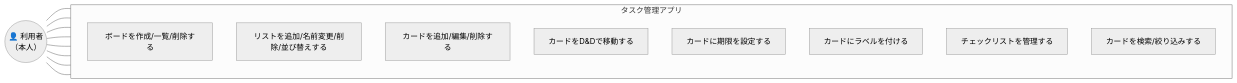
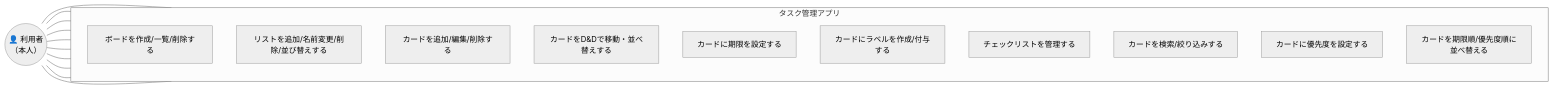
Before and after one commit to masato-N918/raisetech_ai: the diagram in docs/機能要件.md, drawn with Mermaid (neutral theme). The commit also changed other lines of this file and 3 other files, not shown here.

````diff
--- a/docs/機能要件.md
+++ b/docs/機能要件.md
@@ -11,25 +11,29 @@
 ```mermaid
 flowchart LR
     user(("👤 利用者<br/>（本人）"))
 
     subgraph system["タスク管理アプリ"]
         direction TB
         uc1["ボードを作成/一覧/削除する"]
         uc2["リストを追加/名前変更/削除/並び替えする"]
         uc3["カードを追加/編集/削除する"]
-        uc4["カードをD&Dで移動する"]
+        uc4["カードをD&Dで移動・並べ替えする"]
         uc5["カードに期限を設定する"]
-        uc6["カードにラベルを付ける"]
+        uc6["カードにラベルを作成/付与する"]
         uc7["チェックリストを管理する"]
         uc8["カードを検索/絞り込みする"]
+        uc9["カードに優先度を設定する"]
+        uc10["カードを期限順/優先度順に並べ替える"]
     end
 
     user --- uc1
     user --- uc2
     user --- uc3
     user --- uc4
     user --- uc5
     user --- uc6
     user --- uc7
     user --- uc8
+    user --- uc9
+    user --- uc10
 ```
````
